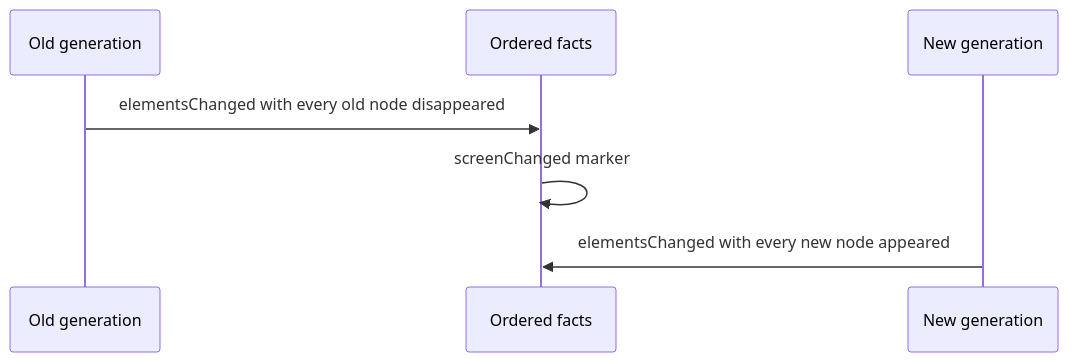
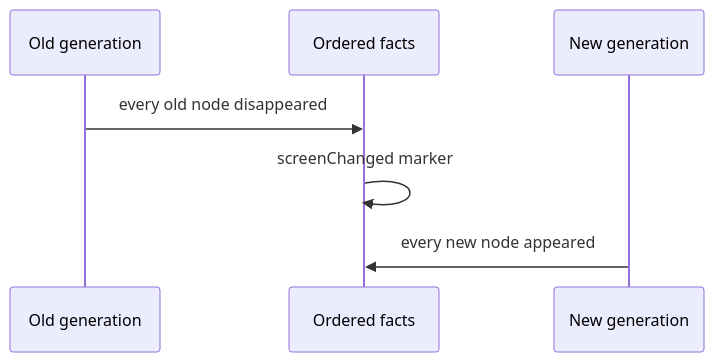
The fifth of 5 diagrams in docs/diagrams/observation-pipeline.md (RoyalPineapple/TheButtonHeist), drawn with Mermaid before and after one commit. The commit also changed other lines of this file and 74 other files, not shown here.

````diff
--- a/docs/diagrams/observation-pipeline.md
+++ b/docs/diagrams/observation-pipeline.md
@@ -84,10 +185,10 @@
 ```mermaid
 sequenceDiagram
     participant Old as Old generation
     participant Facts as Ordered facts
     participant New as New generation
 
-    Old->>Facts: elementsChanged with every old node disappeared
+    Old->>Facts: every old node disappeared
     Facts->>Facts: screenChanged marker
-    New->>Facts: elementsChanged with every new node appeared
+    New->>Facts: every new node appeared
 ```
````
